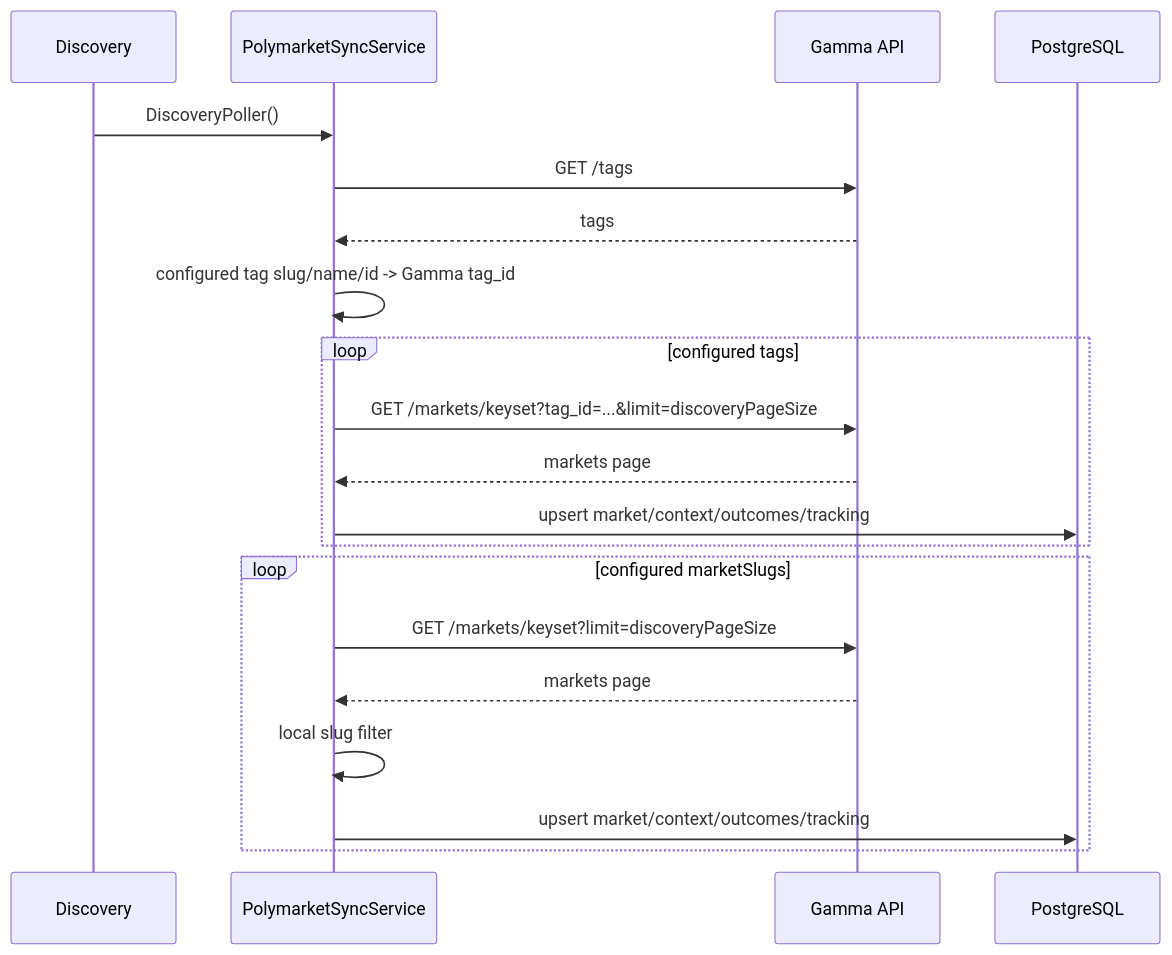
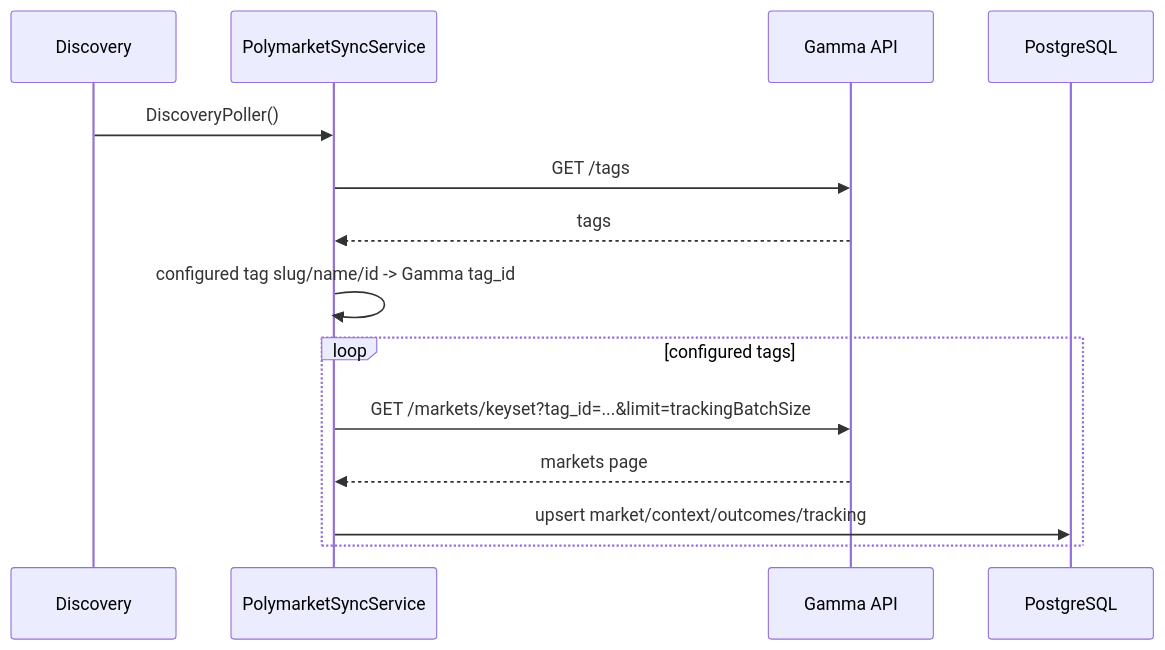
Before and after one commit to maoshuo1988/turtlepoll: the third of 10 diagrams in prompt/project/Polymarket预测市场/07-自动结算流程图.md, drawn with Mermaid. The commit also changed other lines of this file and 17 other files, not shown here.

````diff
--- a/prompt/project/Polymarket预测市场/07-自动结算流程图.md
+++ b/prompt/project/Polymarket预测市场/07-自动结算流程图.md
@@ -81,23 +81,18 @@
 ```mermaid
 sequenceDiagram
   participant Cron as Discovery
   participant Sync as PolymarketSyncService
   participant Gamma as Gamma API
   participant DB as PostgreSQL
 
   Cron->>Sync: DiscoveryPoller()
   Sync->>Gamma: GET /tags
   Gamma-->>Sync: tags
   Sync->>Sync: configured tag slug/name/id -> Gamma tag_id
   loop configured tags
-    Sync->>Gamma: GET /markets/keyset?tag_id=...&limit=discoveryPageSize
+    Sync->>Gamma: GET /markets/keyset?tag_id=...&limit=trackingBatchSize
     Gamma-->>Sync: markets page
     Sync->>DB: upsert market/context/outcomes/tracking
   end
-  loop configured marketSlugs
-    Sync->>Gamma: GET /markets/keyset?limit=discoveryPageSize
-    Gamma-->>Sync: markets page
-    Sync->>Sync: local slug filter
-    Sync->>DB: upsert market/context/outcomes/tracking
-  end
+  
 ```
````
